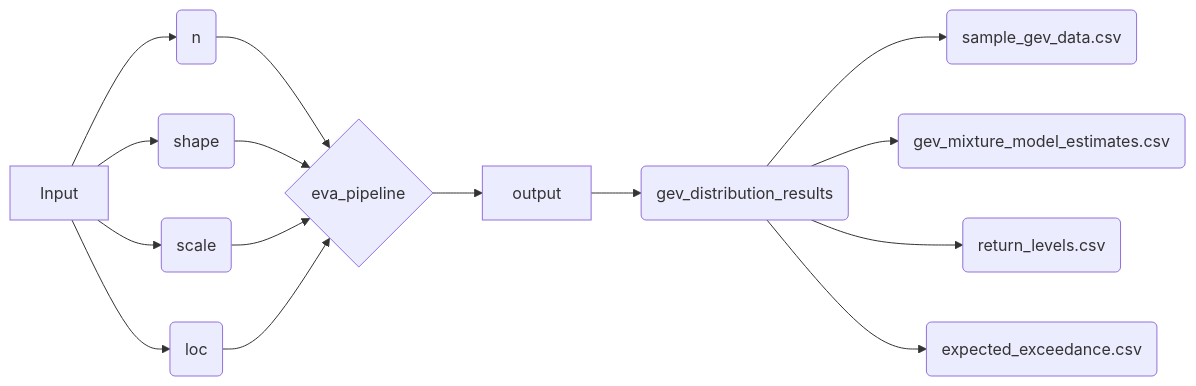
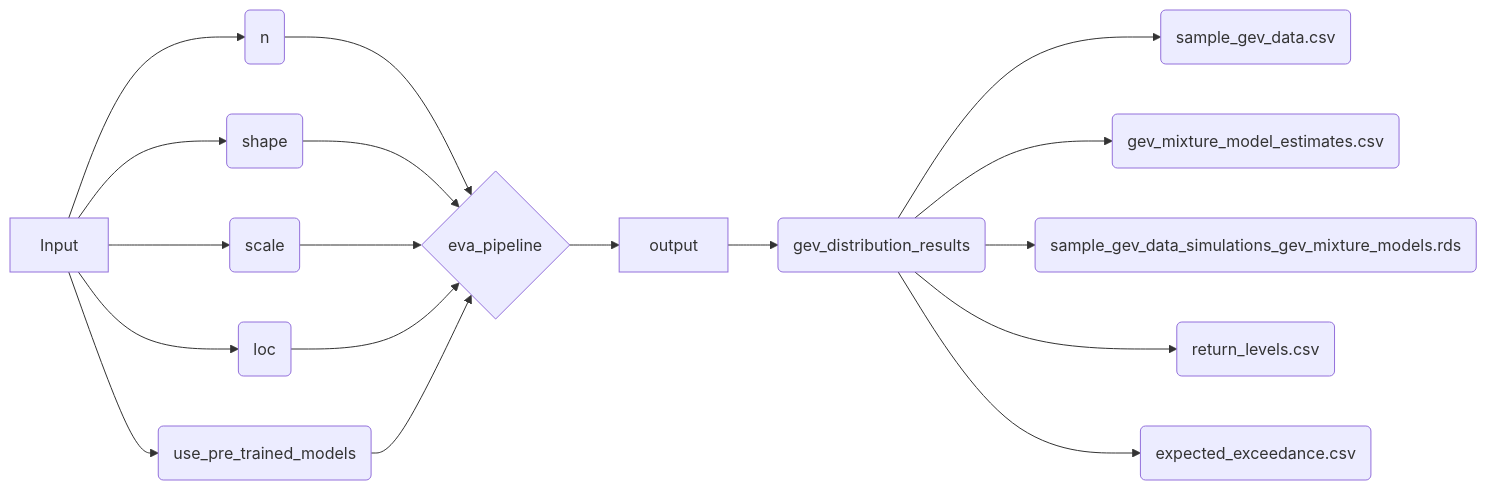
The sixth of 7 diagrams in model-operations.qmd (pdkengne/evops_manual), drawn with Mermaid before and after one commit. The commit also changed other lines of this file and 9 other files, not shown here.

Commit message:
add option to use pre-trained models

````diff
--- a/model-operations.qmd
+++ b/model-operations.qmd
@@ -234,17 +265,20 @@
 ```{mermaid}
 flowchart LR
   I[Input] --> A(n)
   I[Input] --> B1(shape)
   I[Input] --> B2(scale)
   I[Input] --> B3(loc)
+  I[Input] --> C1(use_pre_trained_models)
   A --> D{eva_pipeline}
   B1 --> D
   B2 --> D
   B3 --> D
+  C1 --> D
   D --> O[output]
   O --> E(gev_distribution_results)
   E --> E1(sample_gev_data.csv)
   E --> E2(gev_mixture_model_estimates.csv)
+  E --> E5(sample_gev_data_simulations_gev_mixture_models.rds)
   E --> E3(return_levels.csv)
   E --> E4(expected_exceedance.csv)
 ```
````
